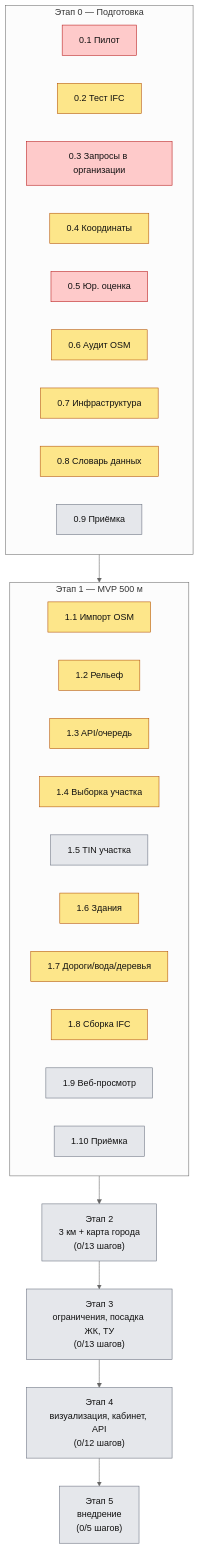
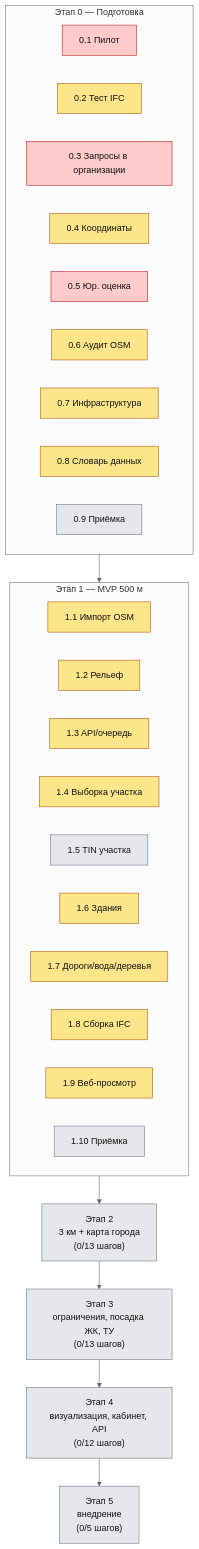
The diagram in docs/dev-tree.md (senkinegor1803-byte/Topology-), drawn with Mermaid (neutral theme) before and after one commit. The commit also changed other lines of this file and 18 other files, not shown here.

````diff
--- a/docs/dev-tree.md
+++ b/docs/dev-tree.md
@@ -18,40 +18,40 @@
 ```mermaid
 flowchart TD
     subgraph E0["Этап 0 — Подготовка"]
         direction LR
         S01["0.1 Пилот"]:::blocked
         S02["0.2 Тест IFC"]:::partial
         S03["0.3 Запросы в организации"]:::blocked
         S04["0.4 Координаты"]:::partial
         S05["0.5 Юр. оценка"]:::blocked
         S06["0.6 Аудит OSM"]:::partial
         S07["0.7 Инфраструктура"]:::partial
         S08["0.8 Словарь данных"]:::partial
         S09["0.9 Приёмка"]:::notstarted
     end
 
     subgraph E1["Этап 1 — MVP 500 м"]
         direction LR
         S11["1.1 Импорт OSM"]:::partial
         S12["1.2 Рельеф"]:::partial
         S13["1.3 API/очередь"]:::partial
         S14["1.4 Выборка участка"]:::partial
         S15["1.5 TIN участка"]:::notstarted
         S16["1.6 Здания"]:::partial
         S17["1.7 Дороги/вода/деревья"]:::partial
         S18["1.8 Сборка IFC"]:::partial
-        S19["1.9 Веб-просмотр"]:::notstarted
+        S19["1.9 Веб-просмотр"]:::partial
         S110["1.10 Приёмка"]:::notstarted
     end
 
     E2["Этап 2<br/>3 км + карта города<br/>(0/13 шагов)"]:::notstarted
     E3["Этап 3<br/>ограничения, посадка ЖК, ТУ<br/>(0/13 шагов)"]:::notstarted
     E4["Этап 4<br/>визуализация, кабинет, API<br/>(0/12 шагов)"]:::notstarted
     E5["Этап 5<br/>внедрение<br/>(0/5 шагов)"]:::notstarted
 
     E0 --> E1 --> E2 --> E3 --> E4 --> E5
 
     classDef partial fill:#fde68a,stroke:#b45309,color:#111;
     classDef blocked fill:#fecaca,stroke:#b91c1c,color:#111;
     classDef notstarted fill:#e5e7eb,stroke:#6b7280,color:#111;
 ```
````
